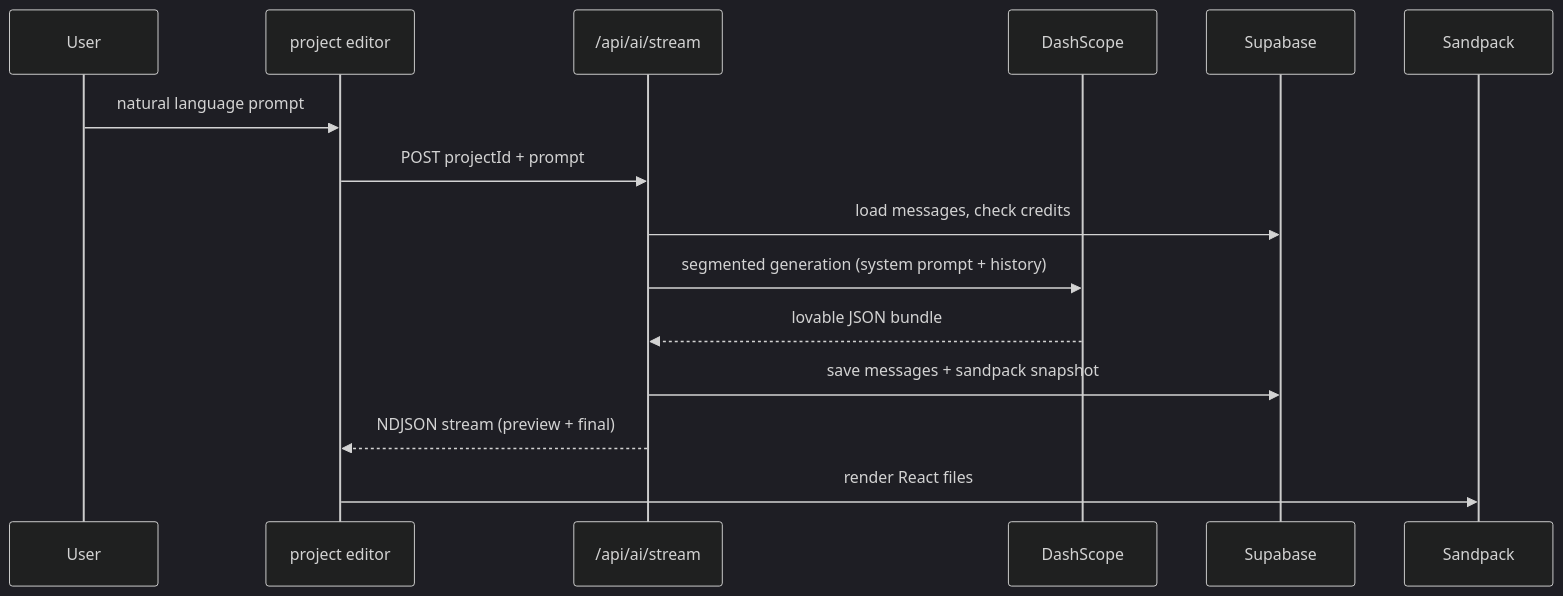
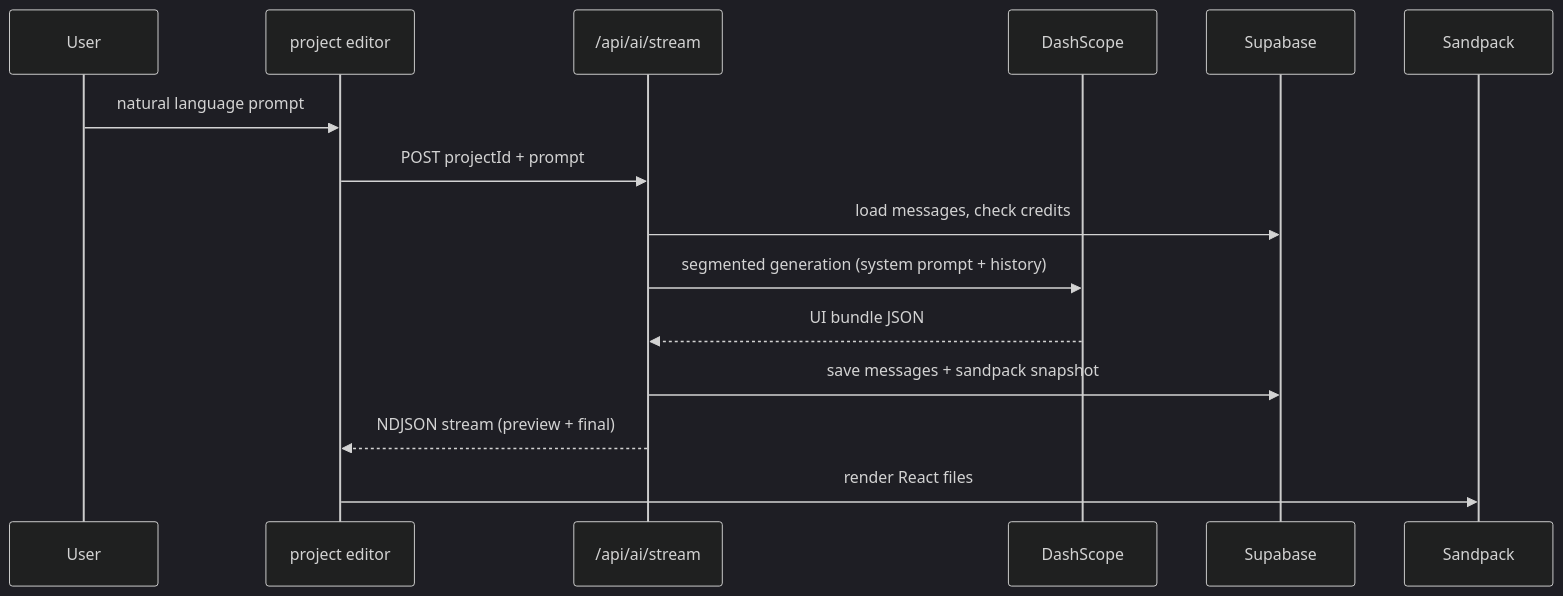
One commit to qlghmz/ai-tensorview-cc changed the diagram in README.md. Above: the diagram before and after it, drawn with Mermaid (dark theme). The commit also changed other lines of this file and 40 other files, not shown here.

````diff
--- a/README.md
+++ b/README.md
@@ -72,18 +72,18 @@
 ```mermaid
 sequenceDiagram
   participant User
   participant Editor as project editor
   participant API as /api/ai/stream
   participant AI as DashScope
   participant DB as Supabase
   participant Preview as Sandpack
 
   User->>Editor: natural language prompt
   Editor->>API: POST projectId + prompt
   API->>DB: load messages, check credits
   API->>AI: segmented generation (system prompt + history)
-  AI-->>API: lovable JSON bundle
+  AI-->>API: UI bundle JSON
   API->>DB: save messages + sandpack snapshot
   API-->>Editor: NDJSON stream (preview + final)
   Editor->>Preview: render React files
 ```
````
